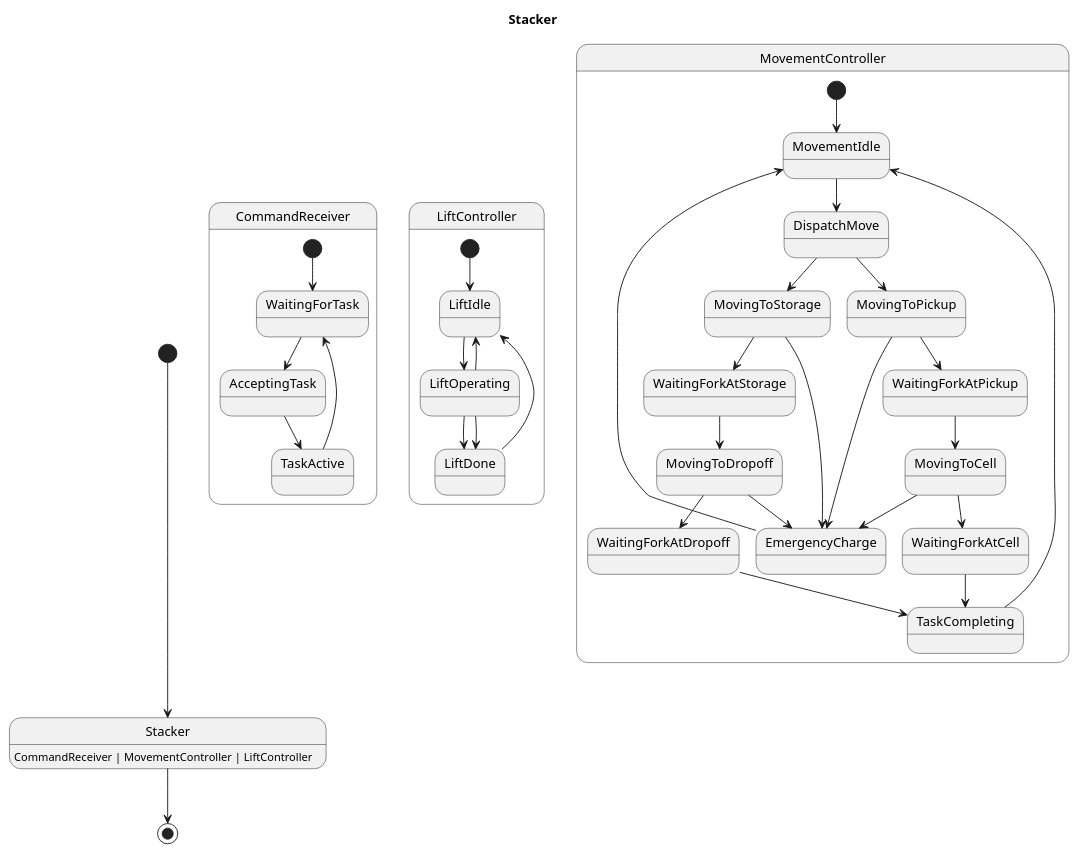
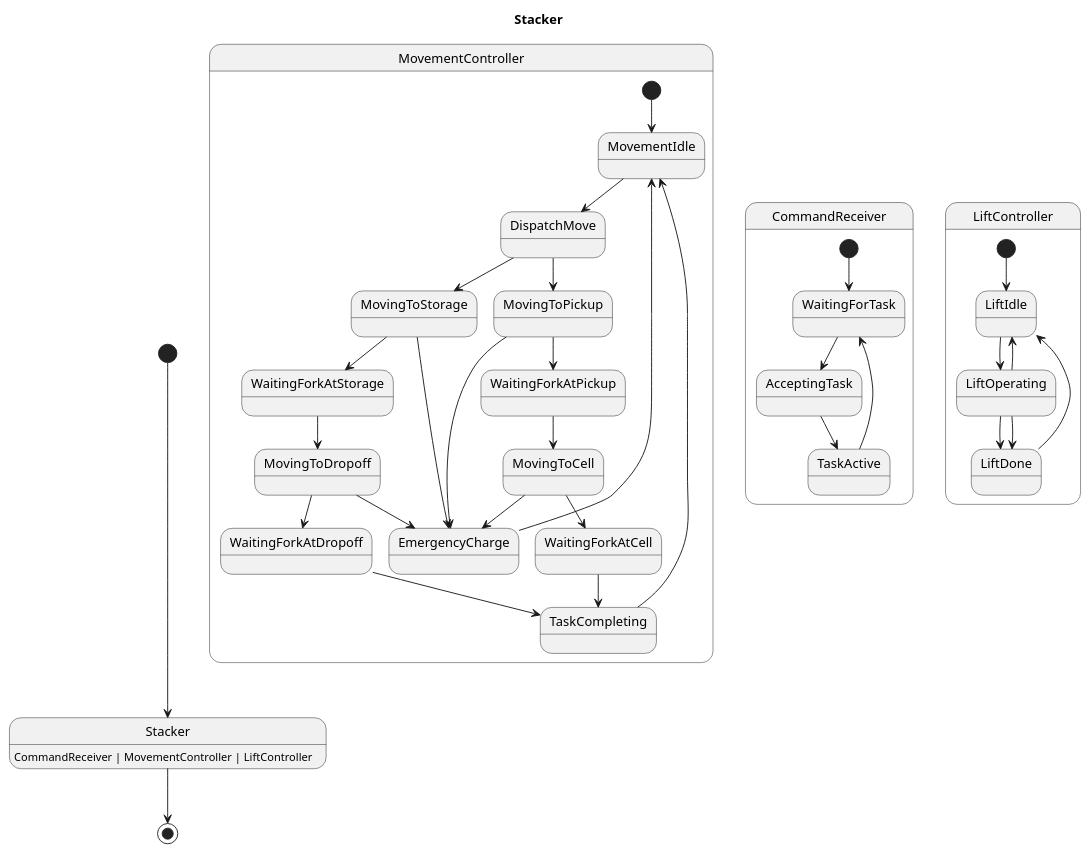
Before and after one commit to Pastor/Takt: the diagram in examples/generated/plantuml/stacker.puml, drawn with PlantUML. The commit also changed other lines of this file and 11 other files, not shown here.

```diff
--- a/examples/generated/plantuml/stacker.puml
+++ b/examples/generated/plantuml/stacker.puml
@@ -1,45 +1,45 @@
 @startuml
 title Stacker
 
 [*] --> Stacker
 Stacker : CommandReceiver | MovementController | LiftController
 Stacker --> [*]
 
+state MovementController {
+    [*] --> MovementIdle
+    WaitingForkAtDropoff --> TaskCompleting
+    MovingToStorage --> WaitingForkAtStorage
+    MovingToStorage --> EmergencyCharge
+    WaitingForkAtPickup --> MovingToCell
+    WaitingForkAtStorage --> MovingToDropoff
+    DispatchMove --> MovingToPickup
+    DispatchMove --> MovingToStorage
+    TaskCompleting --> MovementIdle
+    MovingToPickup --> WaitingForkAtPickup
+    MovingToPickup --> EmergencyCharge
+    MovingToCell --> WaitingForkAtCell
+    MovingToCell --> EmergencyCharge
+    WaitingForkAtCell --> TaskCompleting
+    MovementIdle --> DispatchMove
+    EmergencyCharge --> MovementIdle
+    MovingToDropoff --> WaitingForkAtDropoff
+    MovingToDropoff --> EmergencyCharge
+}
+
 state CommandReceiver {
     [*] --> WaitingForTask
-    AcceptingTask --> TaskActive
     WaitingForTask --> AcceptingTask
     TaskActive --> WaitingForTask
+    AcceptingTask --> TaskActive
 }
 
 state LiftController {
     [*] --> LiftIdle
     LiftOperating --> LiftDone
     LiftOperating --> LiftDone
     LiftOperating --> LiftIdle
     LiftIdle --> LiftOperating
     LiftDone --> LiftIdle
 }
 
-state MovementController {
-    [*] --> MovementIdle
-    TaskCompleting --> MovementIdle
-    WaitingForkAtDropoff --> TaskCompleting
-    DispatchMove --> MovingToPickup
-    DispatchMove --> MovingToStorage
-    MovingToStorage --> WaitingForkAtStorage
-    MovingToStorage --> EmergencyCharge
-    WaitingForkAtPickup --> MovingToCell
-    MovingToCell --> WaitingForkAtCell
-    MovingToCell --> EmergencyCharge
-    WaitingForkAtCell --> TaskCompleting
-    MovingToDropoff --> WaitingForkAtDropoff
-    MovingToDropoff --> EmergencyCharge
-    EmergencyCharge --> MovementIdle
-    WaitingForkAtStorage --> MovingToDropoff
-    MovingToPickup --> WaitingForkAtPickup
-    MovingToPickup --> EmergencyCharge
-    MovementIdle --> DispatchMove
-}
-
 @enduml
```
